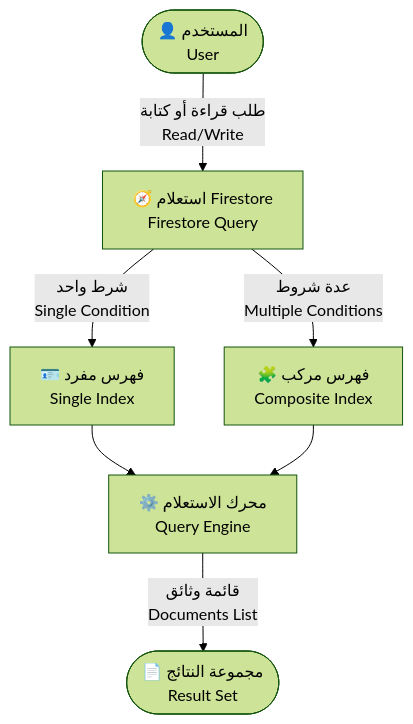
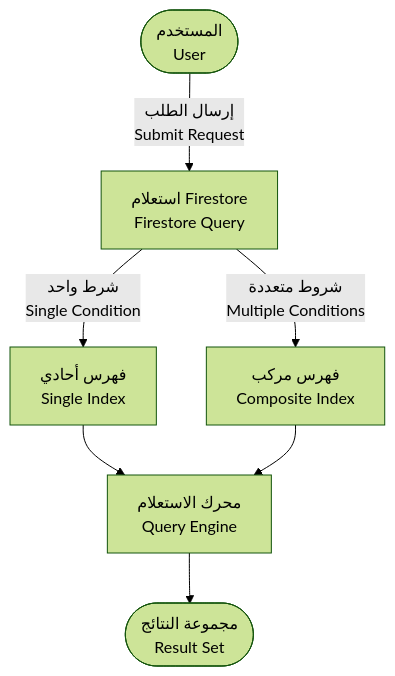
Before and after one commit to Ash69g/Documentation-Study: the first of 3 diagrams in docs/09-indexes-and-queries/09-indexes-and-queries.md, drawn with Mermaid (forest theme). The commit also changed other lines of this file and 15 other files, not shown here.

````diff
--- a/docs/09-indexes-and-queries/09-indexes-and-queries.md
+++ b/docs/09-indexes-and-queries/09-indexes-and-queries.md
@@ -29,10 +43,9 @@
 ```mermaid
 flowchart TD
-    %% العقد ثنائية اللغة: استخدم \n للفصل بين AR/EN (تجنب |)
-    User([👤 المستخدم\nUser]) -->|طلب قراءة أو كتابة\nRead/Write| Query[🧭 استعلام Firestore\nFirestore Query]
-    Query -->|شرط واحد\nSingle Condition| SingleIdx[🪪 فهرس مفرد\nSingle Index]
-    Query -->|عدة شروط\nMultiple Conditions| CompositeIdx[🧩 فهرس مركب\nComposite Index]
-    SingleIdx --> Engine[⚙️ محرك الاستعلام\nQuery Engine]
-    CompositeIdx --> Engine
-    Engine -->|قائمة وثائق\nDocuments List| Result([📄 مجموعة النتائج\nResult Set])
+  User(["المستخدم\nUser"]) -->|"إرسال الطلب\nSubmit Request"| Query["استعلام Firestore\nFirestore Query"]
+  Query -->|"شرط واحد\nSingle Condition"| SingleIdx["فهرس أحادي\nSingle Index"]
+  Query -->|"شروط متعددة\nMultiple Conditions"| CompositeIdx["فهرس مركب\nComposite Index"]
+  SingleIdx --> Engine["محرك الاستعلام\nQuery Engine"]
+  CompositeIdx --> Engine
+  Engine --> Result(["مجموعة النتائج\nResult Set"])
 ```
````
